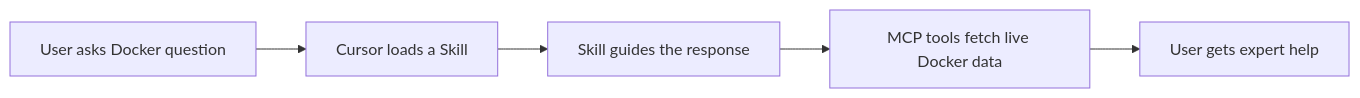
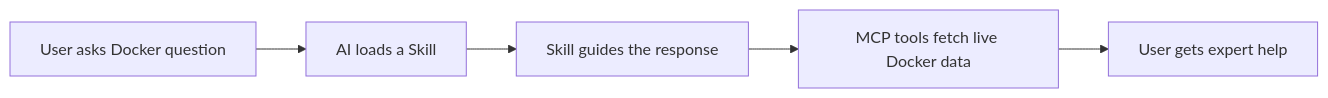
One commit to TMHSDigital/Docker-Developer-Tools changed the diagram in README.md. Above: the diagram before and after it, drawn with Mermaid. The commit also changed other lines of this file and 4 other files, not shown here.

````diff
--- a/README.md
+++ b/README.md
@@ -49,7 +62,7 @@
 ```mermaid
 flowchart LR
-    A[User asks Docker question] --> B[Cursor loads a Skill]
+    A[User asks Docker question] --> B[AI loads a Skill]
     B --> C[Skill guides the response]
     C --> D[MCP tools fetch live Docker data]
     D --> E[User gets expert help]
 ```
````
